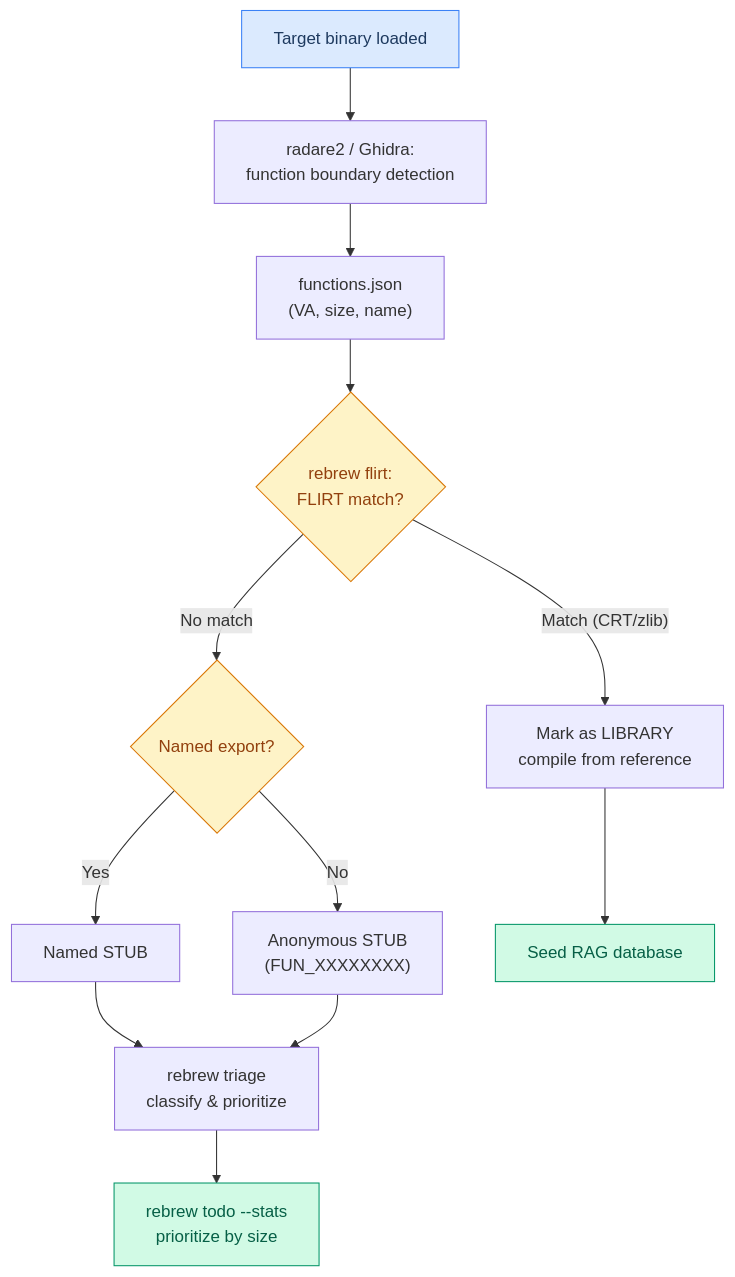
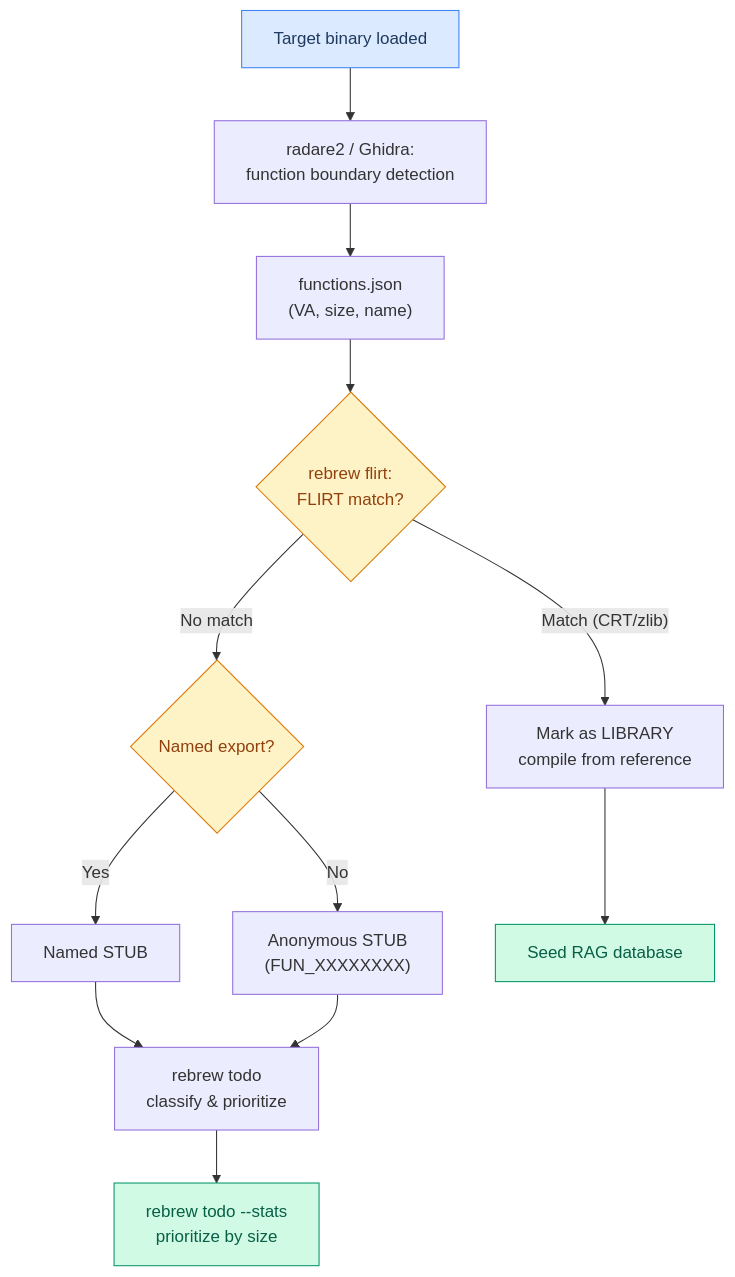
The third of 16 diagrams in docs/USER_STORIES.md (maci0/rebrew), drawn with Mermaid before and after one commit. The commit also changed other lines of this file and 19 other files, not shown here.

````diff
--- a/docs/USER_STORIES.md
+++ b/docs/USER_STORIES.md
@@ -82,20 +82,20 @@
 ```mermaid
 graph TD
     A["Target binary loaded"] --> B["radare2 / Ghidra:<br/>function boundary detection"]
     B --> C["functions.json<br/>(VA, size, name)"]
     C --> D{"rebrew flirt:<br/>FLIRT match?"}
     D -->|"Match (CRT/zlib)"| E["Mark as LIBRARY<br/>compile from reference"]
     D -->|"No match"| F{"Named export?"}
     F -->|Yes| G["Named STUB"]
     F -->|No| H["Anonymous STUB<br/>(FUN_XXXXXXXX)"]
     E --> I["Seed RAG database"]
-    G --> T["rebrew triage<br/>classify & prioritize"]
+    G --> T["rebrew todo<br/>classify & prioritize"]
     H --> T
     T --> J["rebrew todo --stats<br/>prioritize by size"]
 
     style A fill:#dbeafe,stroke:#3b82f6,color:#1e3a5f
     style I fill:#d1fae5,stroke:#059669,color:#065f46
     style J fill:#d1fae5,stroke:#059669,color:#065f46
     style D fill:#fef3c7,stroke:#d97706,color:#92400e
     style F fill:#fef3c7,stroke:#d97706,color:#92400e
 ```
````
